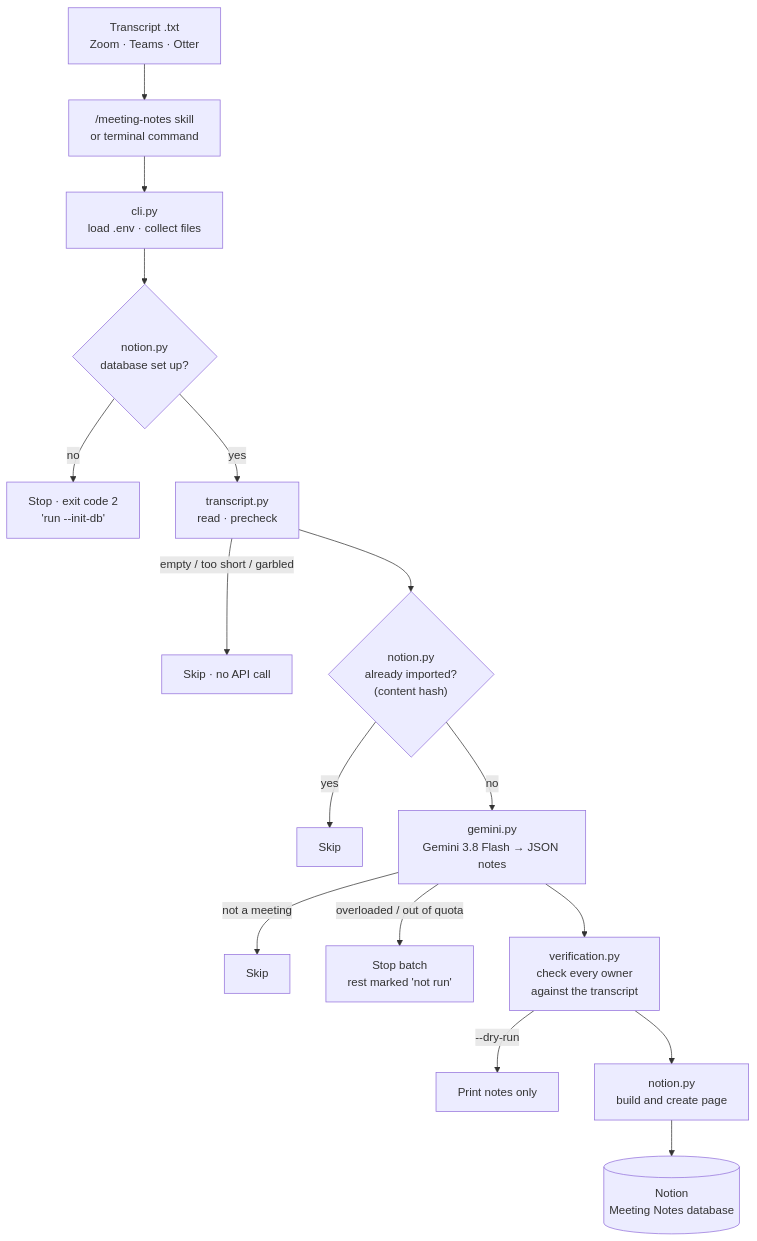
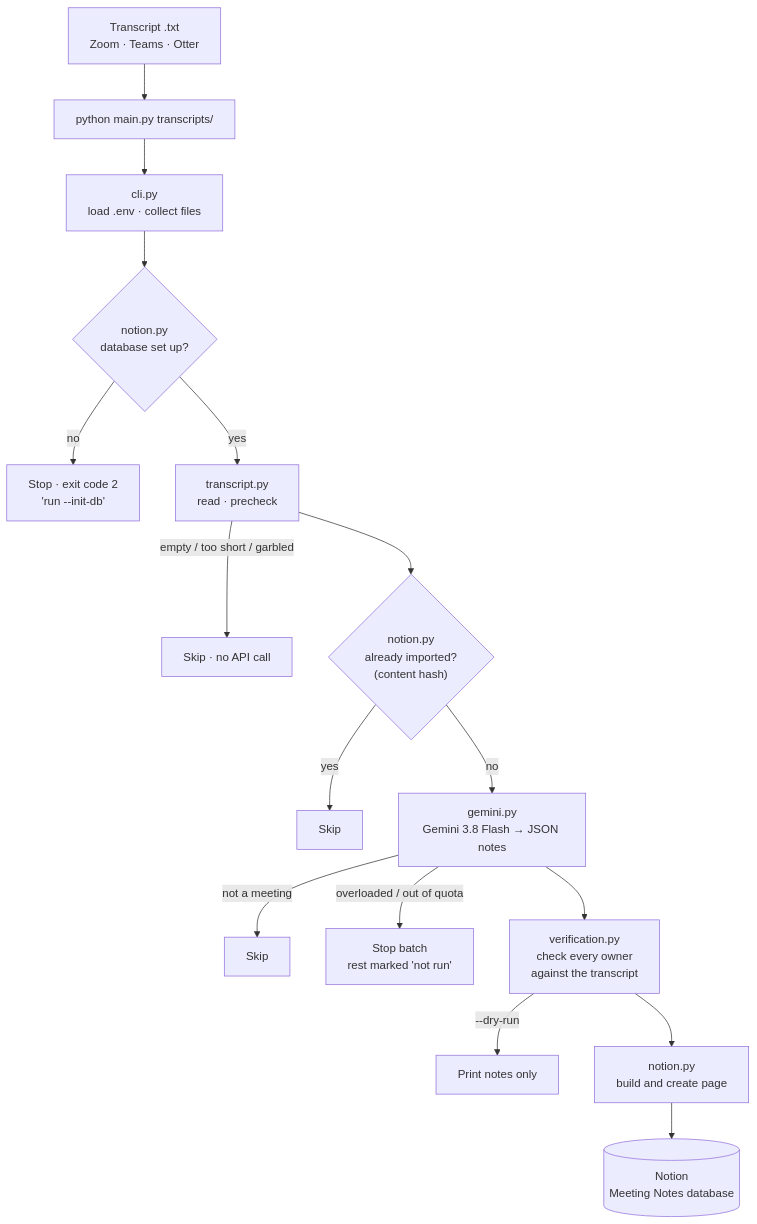
One commit to kartavyaverma/Meeting-Notes-Assignment changed the first of 2 diagrams in PROJECT_STRUCTURE.md. Above: the diagram before and after it, drawn with Mermaid. The commit also changed other lines of this file and 7 other files, not shown here.

First line of the commit message:
Run as a standalone Gemini-powered command via main.py

````diff
--- a/PROJECT_STRUCTURE.md
+++ b/PROJECT_STRUCTURE.md
@@ -16,18 +16,18 @@
 ```mermaid
 flowchart TD
-    A["Transcript .txt<br/>Zoom · Teams · Otter"] --> B["/meeting-notes skill<br/>or terminal command"]
+    A["Transcript .txt<br/>Zoom · Teams · Otter"] --> B["python main.py transcripts/"]
     B --> C["cli.py<br/>load .env · collect files"]
     C --> D{"notion.py<br/>database set up?"}
     D -- no --> X["Stop · exit code 2<br/>'run --init-db'"]
     D -- yes --> E["transcript.py<br/>read · precheck"]
     E -- "empty / too short / garbled" --> S1["Skip · no API call"]
     E --> F{"notion.py<br/>already imported?<br/>(content hash)"}
     F -- yes --> S2["Skip"]
     F -- no --> G["gemini.py<br/>Gemini 3.8 Flash → JSON notes"]
     G -- "not a meeting" --> S3["Skip"]
     G -- "overloaded / out of quota" --> S4["Stop batch<br/>rest marked 'not run'"]
     G --> H["verification.py<br/>check every owner<br/>against the transcript"]
     H -- "--dry-run" --> K["Print notes only"]
     H --> I["notion.py<br/>build and create page"]
     I --> J[("Notion<br/>Meeting Notes database")]
 ```
````
